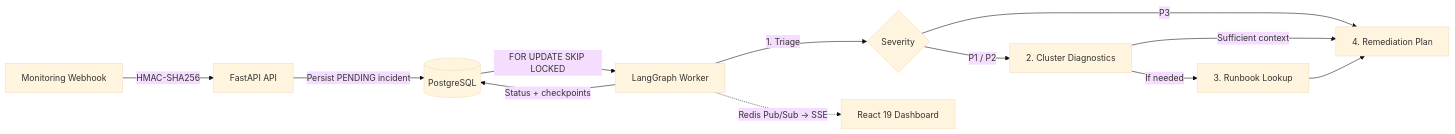
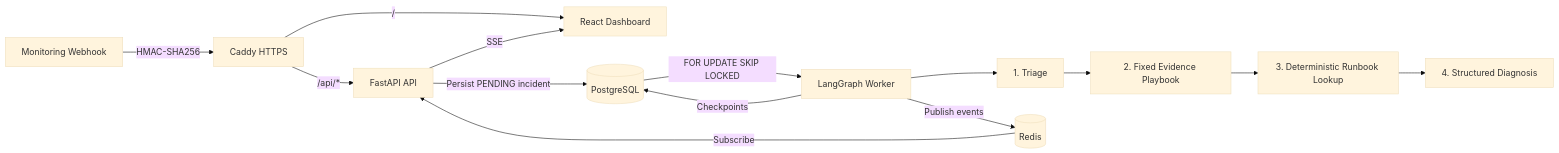
Before and after one commit to va18hav/Autage: the diagram in README.md, drawn with Mermaid (base theme). The commit also changed other lines of this file and 1 other file, not shown here.

````diff
--- a/README.md
+++ b/README.md
@@ -22,14 +34,16 @@
 ```mermaid
 flowchart LR
-    A[Monitoring Webhook] -->|HMAC-SHA256| B[FastAPI API]
+    A[Monitoring Webhook] -->|HMAC-SHA256| P[Caddy HTTPS]
+    P -->|/api/*| B[FastAPI API]
+    P -->|/| I[React Dashboard]
     B -->|Persist PENDING incident| C[(PostgreSQL)]
     C -->|FOR UPDATE SKIP LOCKED| D[LangGraph Worker]
-    D -->|Status + checkpoints| C
-    D -->|1. Triage| E{Severity}
-    E -->|P1 / P2| F[2. Cluster Diagnostics]
-    E -->|P3| H[4. Remediation Plan]
-    F -->|If needed| G[3. Runbook Lookup]
-    F -->|Sufficient context| H
-    G --> H
-    D -.->|Redis Pub/Sub → SSE| I[React 19 Dashboard]
+    D -->|Checkpoints| C
+    D --> E[1. Triage]
+    E --> F[2. Fixed Evidence Playbook]
+    F --> G[3. Deterministic Runbook Lookup]
+    G --> H[4. Structured Diagnosis]
+    D -->|Publish events| R[(Redis)]
+    R -->|Subscribe| B
+    B -->|SSE| I
 ```
````
